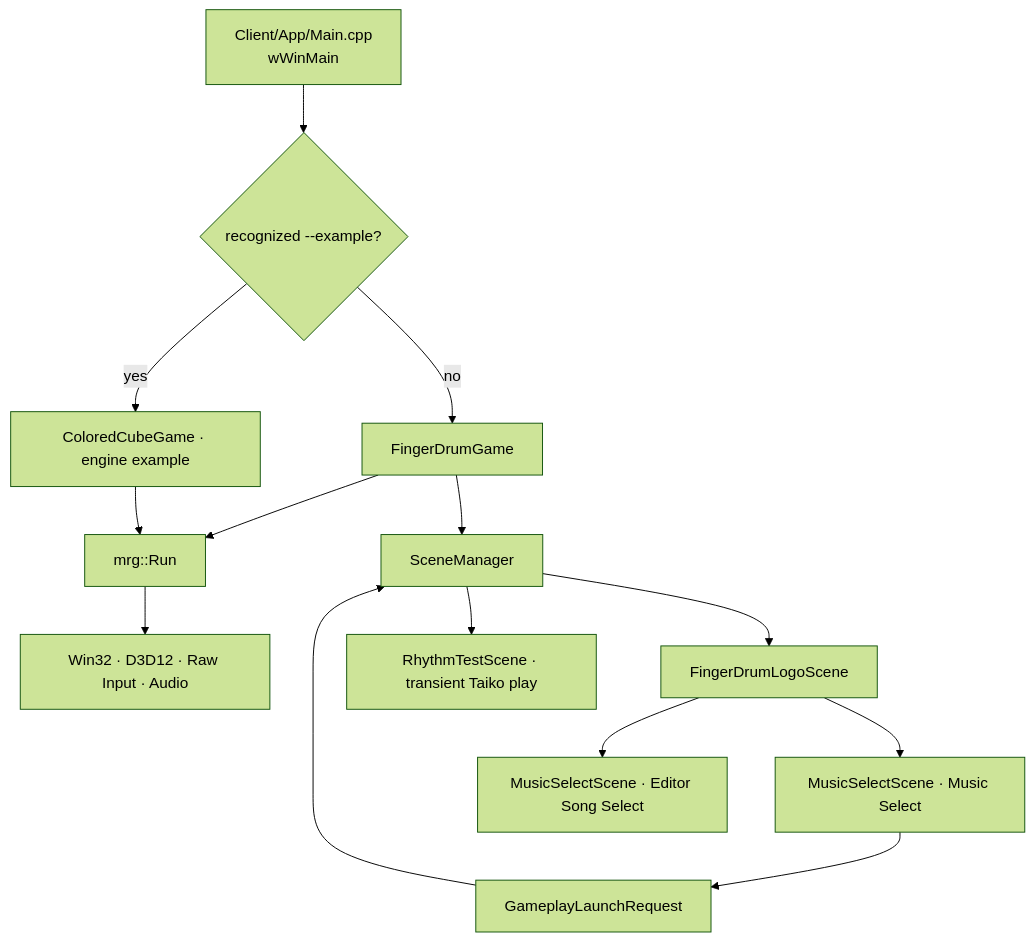
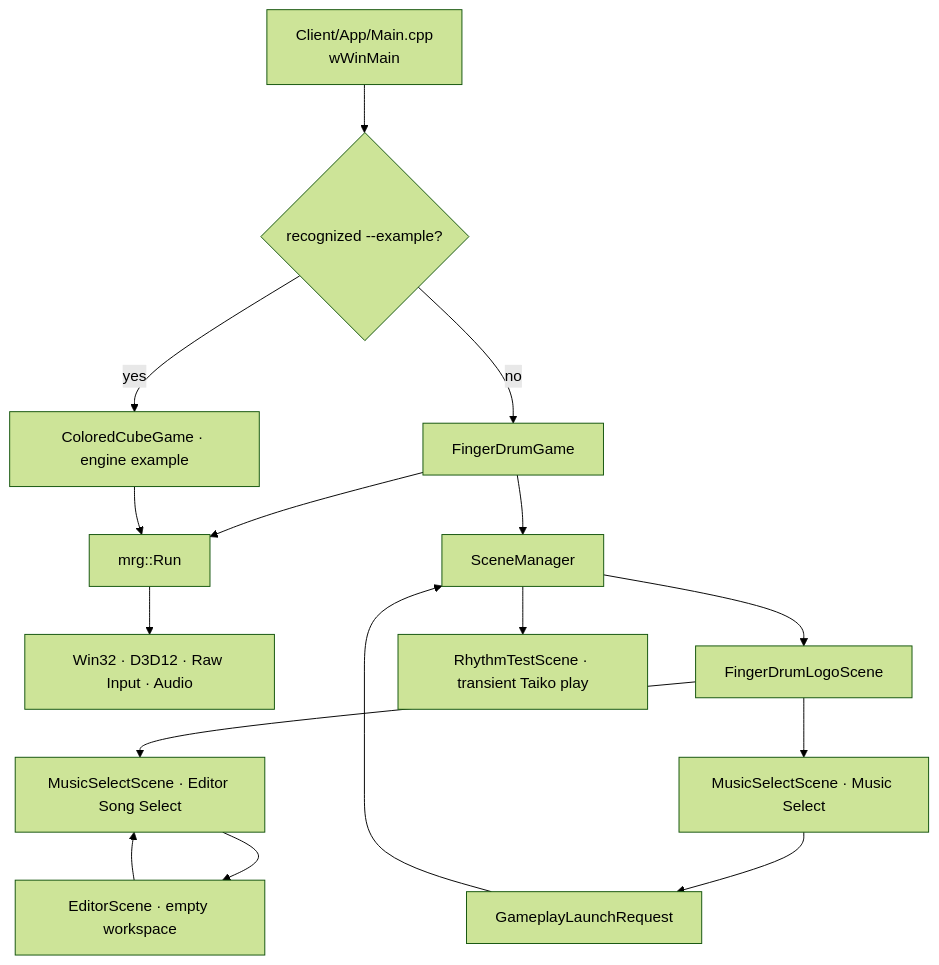
Before and after one commit to 4dblackhole/MyRhythmGame-Client: the diagram in Docs/ExecutionFlow.md, drawn with Mermaid (forest theme). The commit also changed other lines of this file and 9 other files, not shown here.

Commit message:
Add empty editor scene navigation

````diff
--- a/Docs/ExecutionFlow.md
+++ b/Docs/ExecutionFlow.md
@@ -6,16 +6,18 @@
 ```mermaid
 flowchart TD
     Entry["Client/App/Main.cpp\nwWinMain"] --> Route{"recognized --example?"}
     Route -->|"no"| Game["FingerDrumGame"]
     Route -->|"yes"| Example["ColoredCubeGame · engine example"]
     Game --> Run["mrg::Run"]
     Example --> Run
     Run --> Systems["Win32 · D3D12 · Raw Input · Audio"]
     Game --> Manager["SceneManager"]
     Manager --> Logo["FingerDrumLogoScene"]
     Logo --> Lobby["MusicSelectScene · Music Select"]
     Logo --> EditorSelect["MusicSelectScene · Editor Song Select"]
+    EditorSelect --> Editor["EditorScene · empty workspace"]
+    Editor --> EditorSelect
     Lobby --> Request["GameplayLaunchRequest"]
     Request --> Manager
     Manager --> Test["RhythmTestScene · transient Taiko play"]
 ```
````
